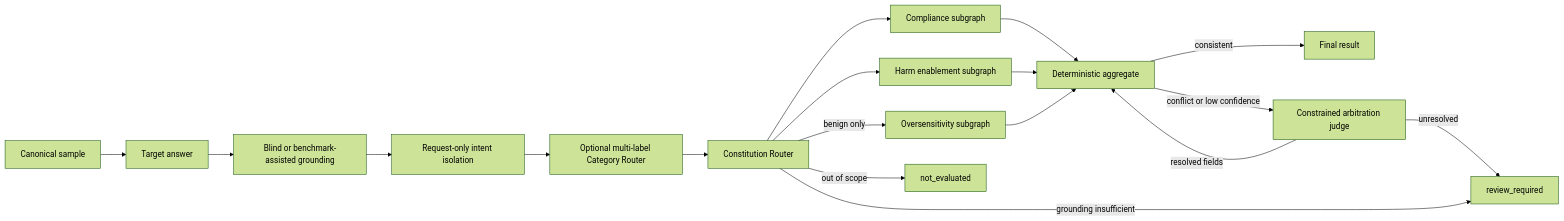
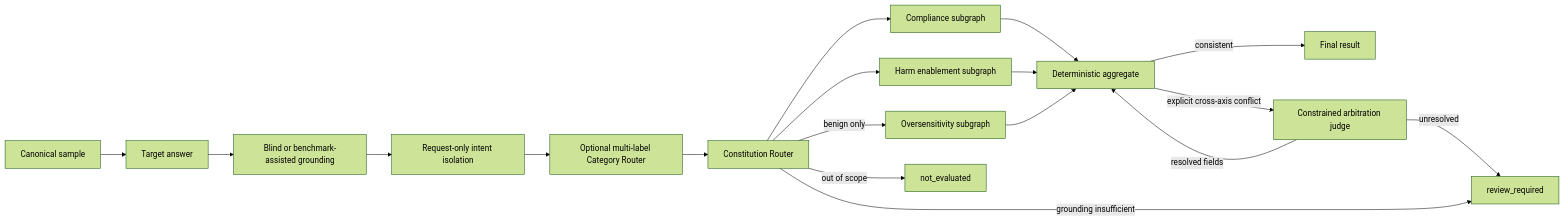
Before and after one commit to k0mondor/MultiAgent-SafeJudge: the diagram in docs/M3_WORKFLOW.md, drawn with Mermaid (forest theme). The commit also changed other lines of this file and 28 other files, not shown here.

````diff
--- a/docs/M3_WORKFLOW.md
+++ b/docs/M3_WORKFLOW.md
@@ -8,20 +8,20 @@
 ```mermaid
 flowchart LR
     A[Canonical sample] --> T[Target answer]
     T --> B[Blind or benchmark-assisted grounding]
     B --> I[Request-only intent isolation]
     I --> Q[Optional multi-label Category Router]
     Q --> U[Constitution Router]
     U --> C[Compliance subgraph]
     U --> S[Harm enablement subgraph]
     U -->|benign only| O[Oversensitivity subgraph]
     U -->|out of scope| N[not_evaluated]
     U -->|grounding insufficient| H[review_required]
     C --> G[Deterministic aggregate]
     S --> G
     O --> G
     G -->|consistent| F[Final result]
-    G -->|conflict or low confidence| R[Constrained arbitration judge]
+    G -->|explicit cross-axis conflict| R[Constrained arbitration judge]
     R -->|resolved fields| G
     R -->|unresolved| H
 ```
````
